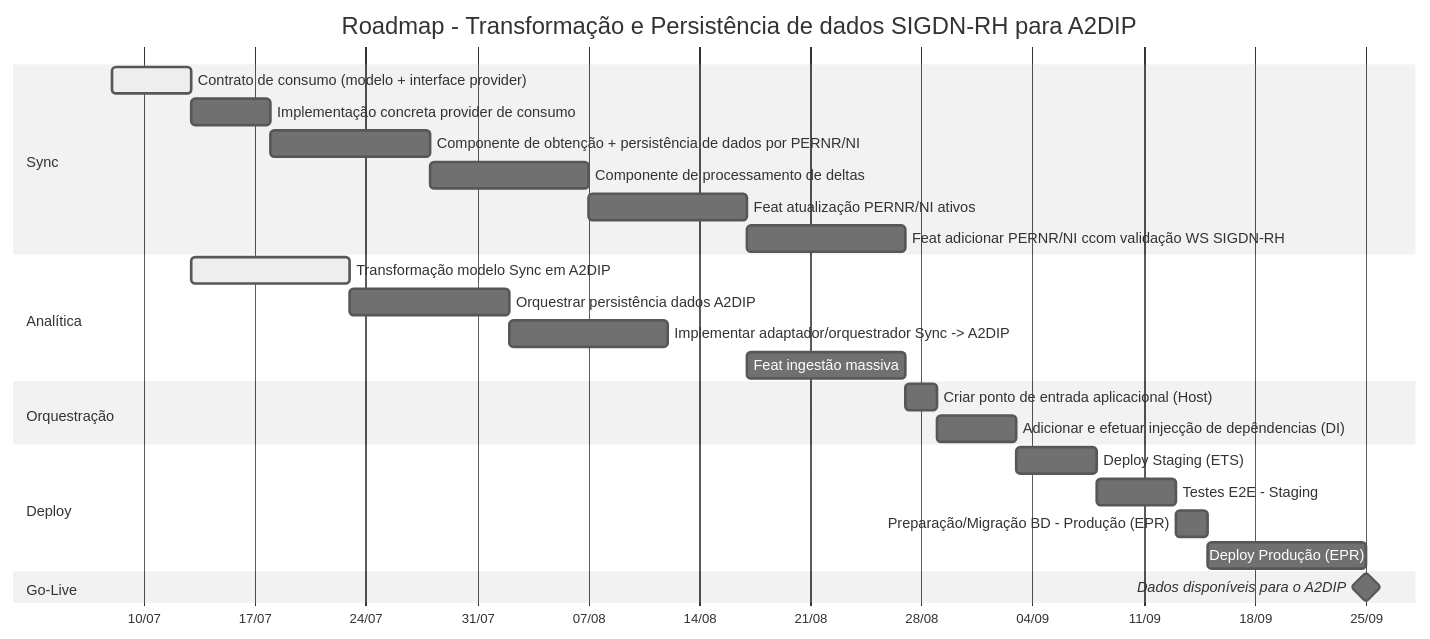
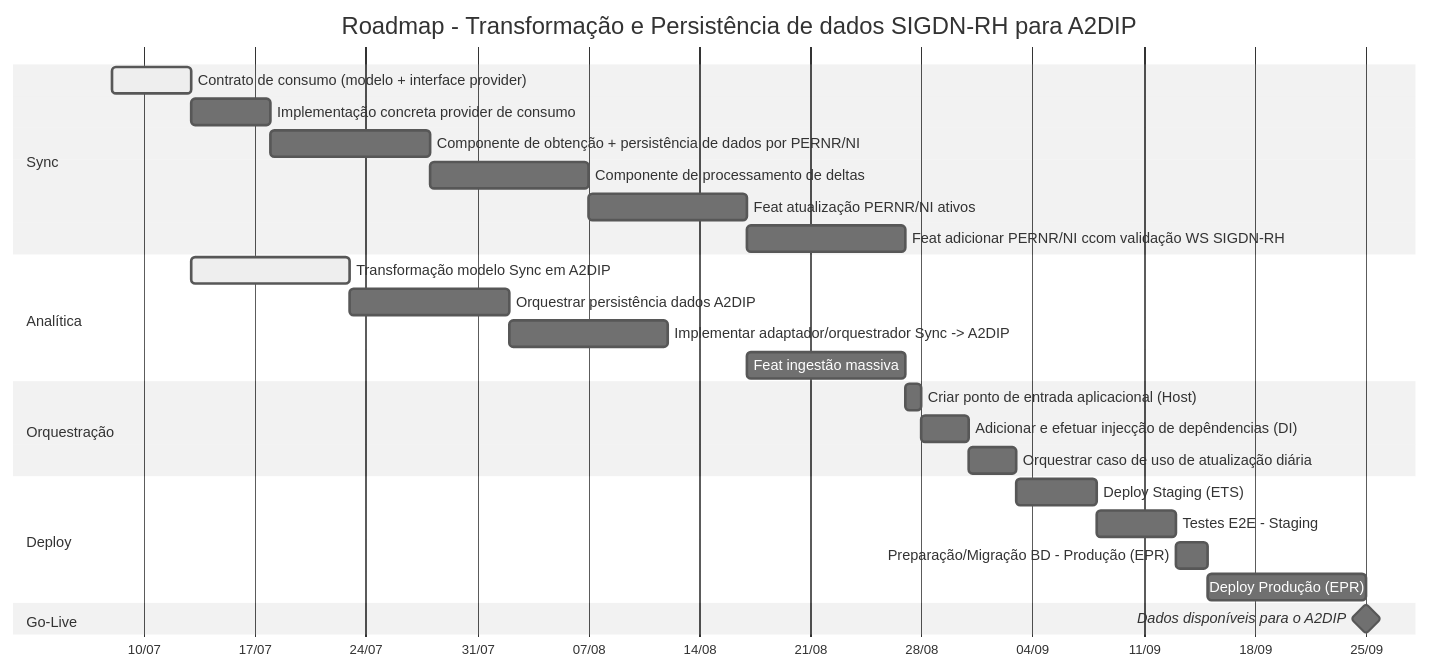
One commit to Raimundo82/pessoas-integracao changed the diagram in README.md. Above: the diagram before and after it, drawn with Mermaid (neutral theme).

Commit message:
docs: update roadmap Gantt chart durations and dependencies

````diff
--- a/README.md
+++ b/README.md
@@ -22,37 +22,37 @@
 ```mermaid
-
 gantt
     title Roadmap - Transformação e Persistência de dados SIGDN-RH para A2DIP
     dateFormat  YYYY-MM-DD
     axisFormat  %d/%m
     tickInterval 1week
     weekday friday
     todayMarker on
 
     section Sync
     Contrato de consumo (modelo + interface provider)           :active,  s3, 2026-07-08, 5d
     Implementação concreta provider de consumo                  :         s4, after s3, 5d 
     Componente de obtenção + persistência de dados por PERNR/NI :         s5, after s4, 10d
     Componente de processamento de deltas                       :         s6, after s5, 10d
     Feat atualização PERNR/NI ativos                            :         s7, after s6, 10d
     Feat adicionar PERNR/NI ccom validação WS SIGDN-RH          :         s8, after s7, 10d
 
     section Analítica
     Transformação modelo Sync em A2DIP                          :active,  an3, after s3, 10d
     Orquestrar persistência dados A2DIP                         :         an4, after an3, 10d
     Implementar adaptador/orquestrador Sync -> A2DIP            :         an5, after an4, 10d                                 
     Feat ingestão massiva                                       :         an6, after an5 s7, 10d
 
     section Orquestração
-    Criar ponto de entrada aplicacional (Host)                  :         o1, after an6 s8, 2d
-    Adicionar e efetuar injecção de depêndencias (DI)           :         o2, after o1, 5d
+    Criar ponto de entrada aplicacional (Host)                  :         o1, after an6 s8, 1d
+    Adicionar e efetuar injecção de depêndencias (DI)           :         o2, after o1, 3d
+    Orquestrar caso de uso de atualização diária                :         o3, after o2, 3d
 
     section Deploy
-    Deploy Staging (ETS)                                        :         dep1, after o2, 5d
+    Deploy Staging (ETS)                                        :         dep1, after o3, 5d
     Testes E2E - Staging                                        :         e2e1, after dep1, 5d
     Preparação/Migração BD - Produção (EPR)                     :         mig, after e2e1, 2d
     Deploy Produção (EPR)                                       :         dep2, after mig, 10d
 
    section Go-Live
    Dados disponíveis para o A2DIP                              :milestone, m1, after dep2, 0d
 ```
````
